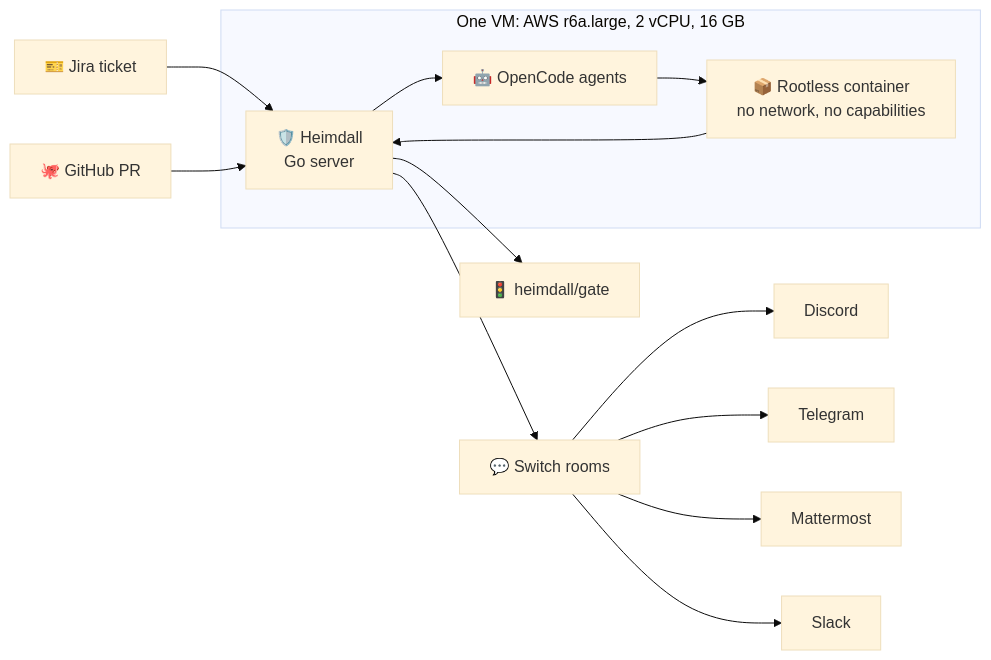
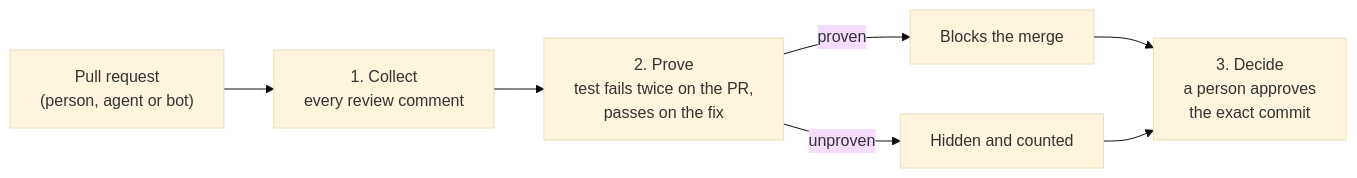
One commit to prathameshk421/Heimdall changed the diagram in README.md. Above: the diagram before and after it, drawn with Mermaid (base theme). The commit also changed other lines of this file and 14 other files, not shown here.

````diff
--- a/README.md
+++ b/README.md
@@ -69,16 +77,9 @@
 ```mermaid
 flowchart LR
-  J["🎫 Jira ticket"] --> H
-  G["🐙 GitHub PR"] --> H
-  subgraph VM["One VM: AWS r6a.large, 2 vCPU, 16 GB"]
-    H["🛡️ Heimdall<br/>Go server"] --> A["🤖 OpenCode agents"]
-    A --> C["📦 Rootless container<br/>no network, no capabilities"]
-    C --> H
-  end
-  H --> R["🚦 heimdall/gate"]
-  H --> S["💬 Switch rooms"]
-  S --> D["Discord"]
-  S --> T["Telegram"]
-  S --> M["Mattermost"]
-  S --> K["Slack"]
+  PR["Pull request<br/>(person, agent or bot)"] --> C["1. Collect<br/>every review comment"]
+  C --> P["2. Prove<br/>test fails twice on the PR,<br/>passes on the fix"]
+  P -->|proven| B["Blocks the merge"]
+  P -->|unproven| H["Hidden and counted"]
+  B --> D["3. Decide<br/>a person approves<br/>the exact commit"]
+  H --> D
 ```
````
